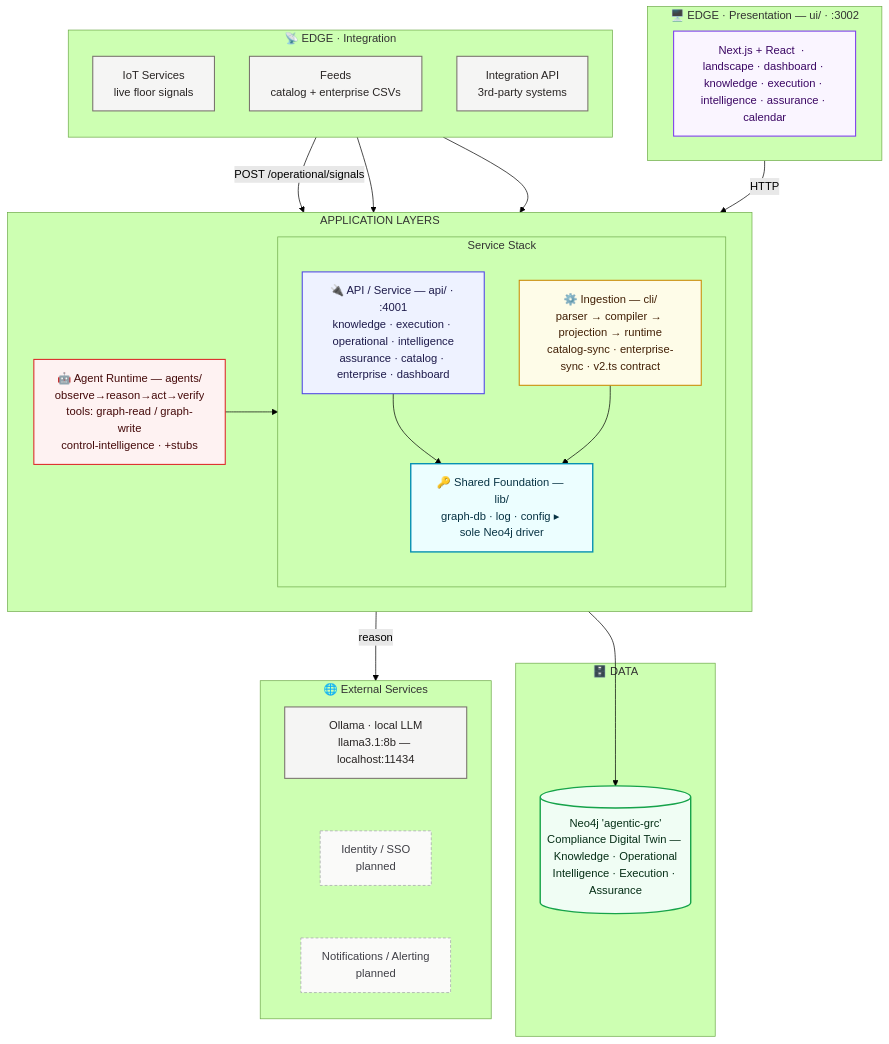
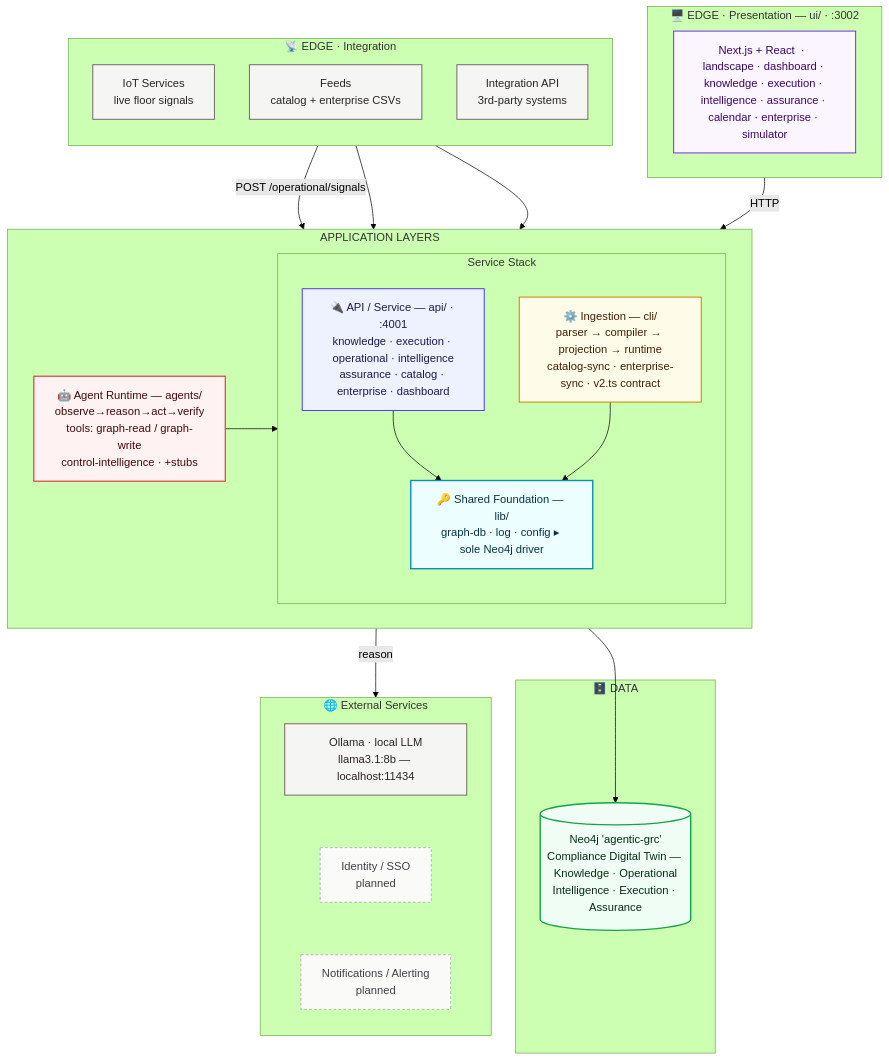
One commit to k-consult/vyra-v1 changed the diagram in .design/vyra-architecture.md. Above: the diagram before and after it, drawn with Mermaid (forest theme). The commit also changed other lines of this file and 9 other files, not shown here.

````diff
--- a/.design/vyra-architecture.md
+++ b/.design/vyra-architecture.md
@@ -48,69 +48,69 @@
 ```mermaid
 graph TB
     classDef ext     fill:#f5f5f4,stroke:#78716c,color:#292524,stroke-width:1.5px;
     classDef planned fill:#fafaf9,stroke:#a1a1aa,color:#3f3f46,stroke-dasharray:4 3;
     classDef ui      fill:#faf5ff,stroke:#7c3aed,color:#3b0764,stroke-width:1.5px;
     classDef api     fill:#eef2ff,stroke:#4f46e5,color:#1e1b4b,stroke-width:1.5px;
     classDef agent   fill:#fef2f2,stroke:#dc2626,color:#450a0a,stroke-width:1.5px;
     classDef cli     fill:#fefce8,stroke:#ca8a04,color:#422006,stroke-width:1.5px;
     classDef lib     fill:#ecfeff,stroke:#0891b2,color:#083344,stroke-width:2px;
     classDef data    fill:#f0fdf4,stroke:#16a34a,color:#052e16,stroke-width:2px;
 
     %% ═══════ TOP EDGE · presentation (spans left → right) ═══════
     subgraph EDGE_TOP["🖥️ EDGE · Presentation — ui/ · :3002"]
         direction LR
-        UI[Next.js + React &nbsp;·&nbsp; landscape · dashboard · knowledge · execution · intelligence · assurance · calendar]:::ui
+        UI[Next.js + React &nbsp;·&nbsp; landscape · dashboard · knowledge · execution · intelligence · assurance · calendar · enterprise · simulator]:::ui
     end
 
     %% ═══════ LEFT EDGE · integration (top → bottom) ═══════
     subgraph EDGE_LEFT["📡 EDGE · Integration"]
         direction TB
         IOT[IoT Services<br/>live floor signals]:::ext
         FEED[Feeds<br/>catalog + enterprise CSVs]:::ext
         INTG[Integration API<br/>3rd-party systems]:::ext
     end
 
     %% ═══════ CENTER · application layers (core stack + agent on right) ═══════
     subgraph APP["APPLICATION LAYERS"]
         direction LR
         subgraph CORE["Service Stack"]
             direction TB
             API[🔌 API / Service — api/ · :4001<br/>knowledge · execution · operational · intelligence<br/>assurance · catalog · enterprise · dashboard]:::api
             CLI[⚙️ Ingestion — cli/<br/>parser → compiler → projection → runtime<br/>catalog-sync · enterprise-sync · v2.ts contract]:::cli
             LIB[🔑 Shared Foundation — lib/<br/>graph-db · log · config ▸ sole Neo4j driver]:::lib
         end
         AG[🤖 Agent Runtime — agents/<br/>observe→reason→act→verify<br/>tools: graph-read / graph-write<br/>control-intelligence · +stubs]:::agent
     end
 
     subgraph DATA["🗄️ DATA"]
         NEO[(Neo4j 'agentic-grc'<br/>Compliance Digital Twin — Knowledge · Operational<br/>Intelligence · Execution · Assurance)]:::data
     end
 
     %% ═══════ RIGHT · external services (top → bottom) ═══════
     subgraph EXT_SVC["🌐 External Services"]
         direction TB
         OLLAMA[Ollama · local LLM<br/>llama3.1:8b — localhost:11434]:::ext
         SSO[Identity / SSO<br/>planned]:::planned
         NOTIFY[Notifications / Alerting<br/>planned]:::planned
     end
 
     %% presentation edge → app
     UI -->|HTTP| API
 
     %% integration edge → app
     IOT -->|POST /operational/signals| API
     INTG --> API
     FEED --> CLI
 
     %% app + agent → single door → graph
     API --> LIB
     CLI --> LIB
     AG --> LIB
     LIB --> NEO
 
     %% agent → external services (AG is the rightmost app node, so the block hangs to the right;
     %% invisible links force the three services into a vertical column)
     AG -->|reason| OLLAMA
     OLLAMA ~~~ SSO
     SSO ~~~ NOTIFY
 ```
````
